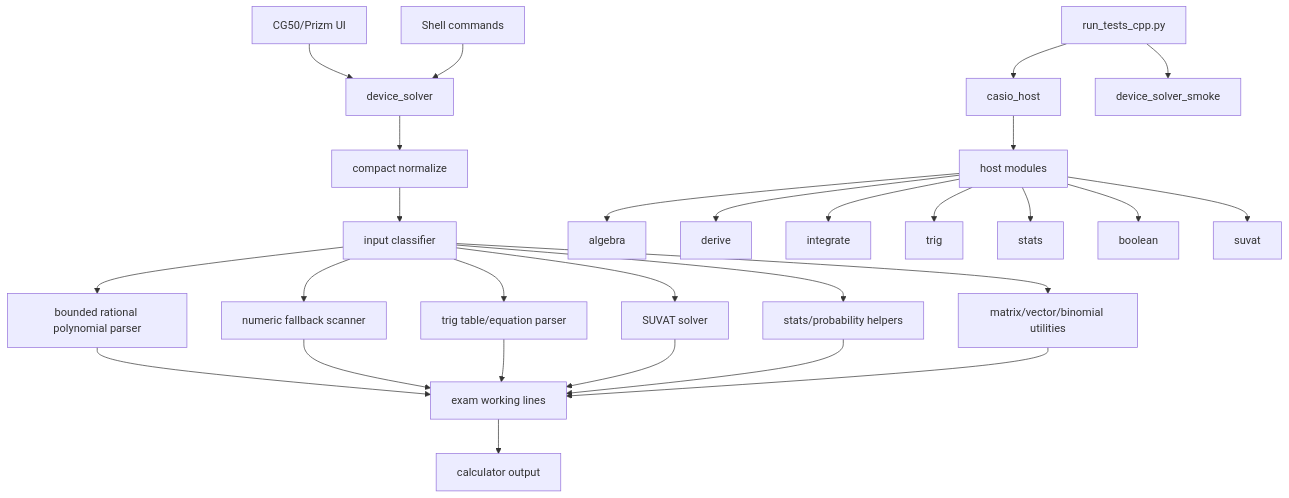
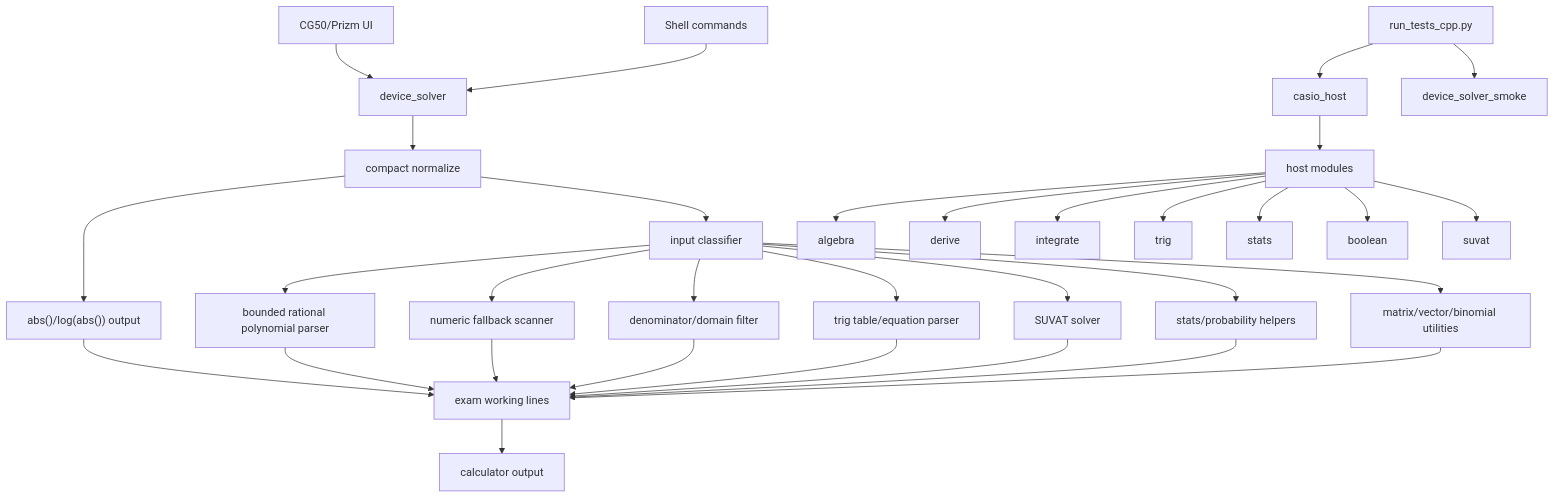
One commit to james8464/notes-addin-casio-fx-cg50 changed the first of 5 diagrams in c++/GRAPH.md. Above: the diagram before and after it, drawn with Mermaid. The commit also changed other lines of this file and 11 other files, not shown here.

````diff
--- a/c++/GRAPH.md
+++ b/c++/GRAPH.md
@@ -3,31 +3,35 @@
 ```mermaid
 graph TD
   UI["CG50/Prizm UI"] --> DS["device_solver"]
   Shell["Shell commands"] --> DS
   DS --> Norm["compact normalize"]
+  Norm --> Abs["abs()/log(abs()) output"]
   Norm --> Cls["input classifier"]
   Cls --> Poly["bounded rational polynomial parser"]
   Cls --> Num["numeric fallback scanner"]
+  Cls --> Rat["denominator/domain filter"]
   Cls --> Trig["trig table/equation parser"]
   Cls --> Suvat["SUVAT solver"]
   Cls --> Stats["stats/probability helpers"]
   Cls --> Util["matrix/vector/binomial utilities"]
+  Abs --> Work["exam working lines"]
   Poly --> Work["exam working lines"]
   Num --> Work
+  Rat --> Work
   Trig --> Work
   Suvat --> Work
   Stats --> Work
   Util --> Work
   Work --> Screen["calculator output"]
 
   Host["casio_host"] --> Mods["host modules"]
   Mods --> Alg["algebra"]
   Mods --> Der["derive"]
   Mods --> Int["integrate"]
   Mods --> TrigH["trig"]
   Mods --> StatsH["stats"]
   Mods --> Bool["boolean"]
   Mods --> SuvatH["suvat"]
   Tests["run_tests_cpp.py"] --> Host
   Tests --> Smoke["device_solver_smoke"]
 ```
````
